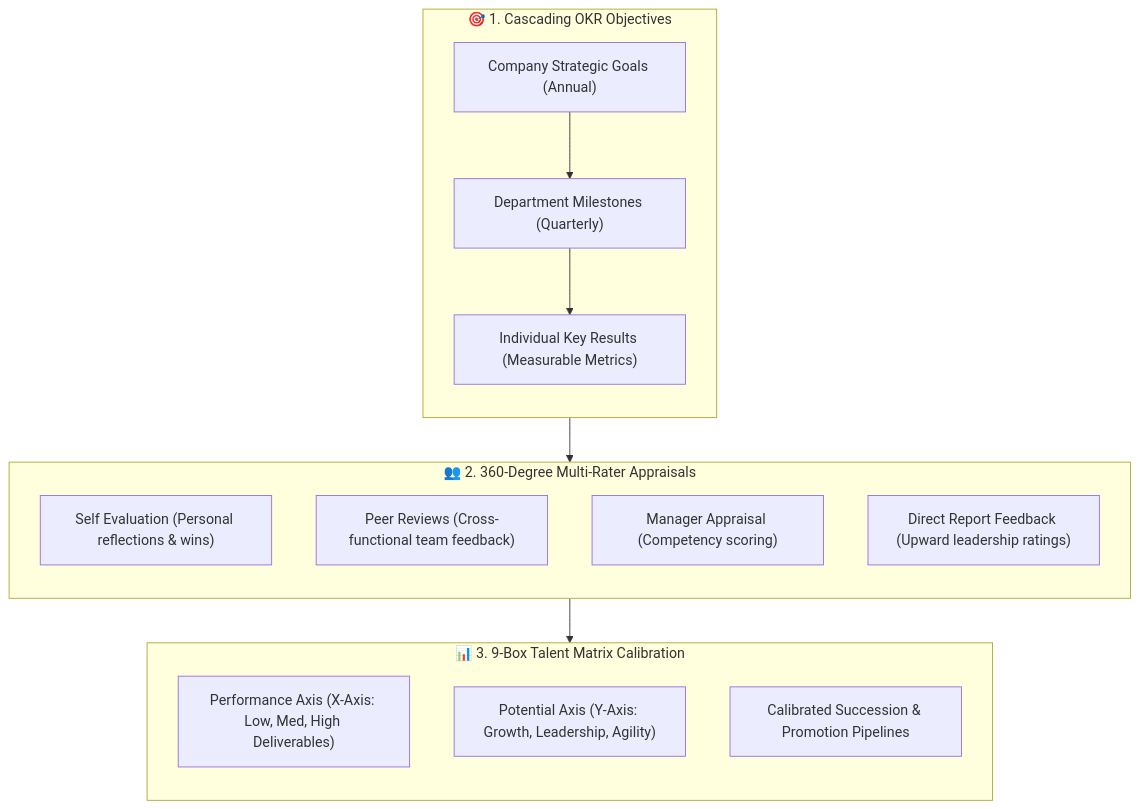
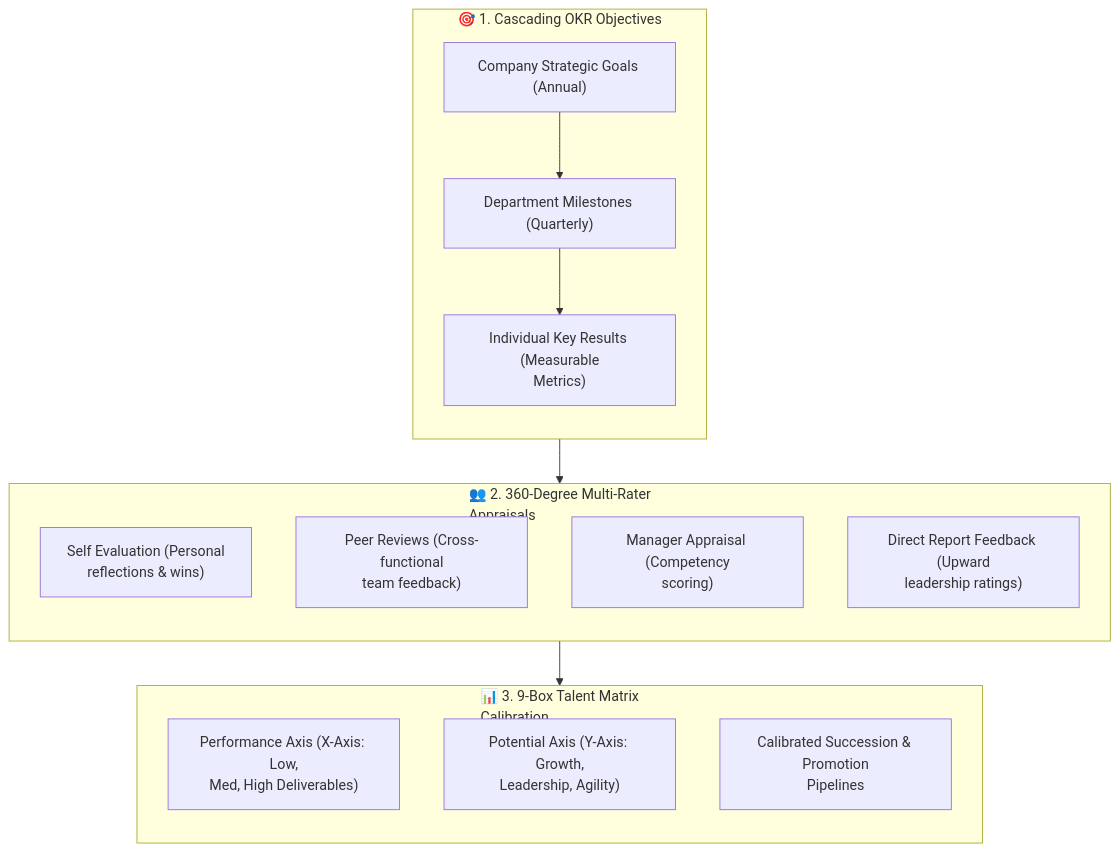
The diagram in docs/hrms/performance.md (SRJ-GROUP/hubnest_user_guide), drawn with Mermaid before and after one commit. The commit also changed 161 other files, not shown here.

Commit message:
feat: complete HubMeet suite, supervisor portal docs, diagram fixes, and interactive eye-button zoom modal

````diff
--- a/docs/hrms/performance.md
+++ b/docs/hrms/performance.md
@@ -24,28 +24,28 @@
 ```mermaid
 graph TB
     subgraph OKRLayer["🎯 1. Cascading OKR Objectives"]
         direction TB
         C1["Company Strategic Goals (Annual)"]
         D1["Department Milestones (Quarterly)"]
-        I1["Individual Key Results (Measurable Metrics)"]
+        I1["Individual Key Results (Measurable<br/>Metrics)"]
         C1 --> D1 --> I1
     end
 
-    subgraph ReviewLayer["👥 2. 360-Degree Multi-Rater Appraisals"]
+    subgraph ReviewLayer["👥 2. 360-Degree Multi-Rater<br/>Appraisals"]
         direction TB
-        R1["Self Evaluation (Personal reflections & wins)"]
-        R2["Peer Reviews (Cross-functional team feedback)"]
-        R3["Manager Appraisal (Competency scoring)"]
-        R4["Direct Report Feedback (Upward leadership ratings)"]
+        R1["Self Evaluation (Personal<br/>reflections & wins)"]
+        R2["Peer Reviews (Cross-functional<br/>team feedback)"]
+        R3["Manager Appraisal (Competency<br/>scoring)"]
+        R4["Direct Report Feedback (Upward<br/>leadership ratings)"]
     end
 
-    subgraph TalentGridLayer["📊 3. 9-Box Talent Matrix Calibration"]
+    subgraph TalentGridLayer["📊 3. 9-Box Talent Matrix<br/>Calibration"]
         direction TB
-        G1["Performance Axis (X-Axis: Low, Med, High Deliverables)"]
-        G2["Potential Axis (Y-Axis: Growth, Leadership, Agility)"]
-        G3["Calibrated Succession & Promotion Pipelines"]
+        G1["Performance Axis (X-Axis: Low,<br/>Med, High Deliverables)"]
+        G2["Potential Axis (Y-Axis: Growth,<br/>Leadership, Agility)"]
+        G3["Calibrated Succession & Promotion<br/>Pipelines"]
     end
 
     OKRLayer --> ReviewLayer
     ReviewLayer --> TalentGridLayer
 ```
````
